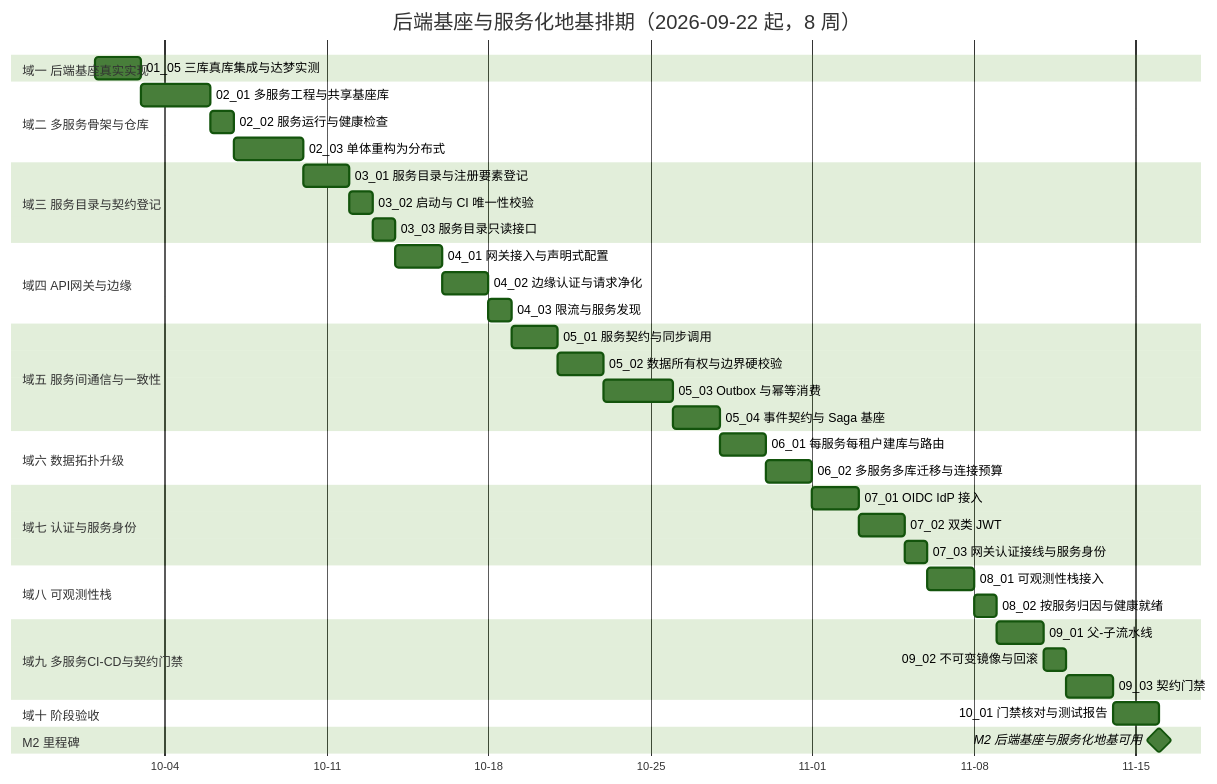
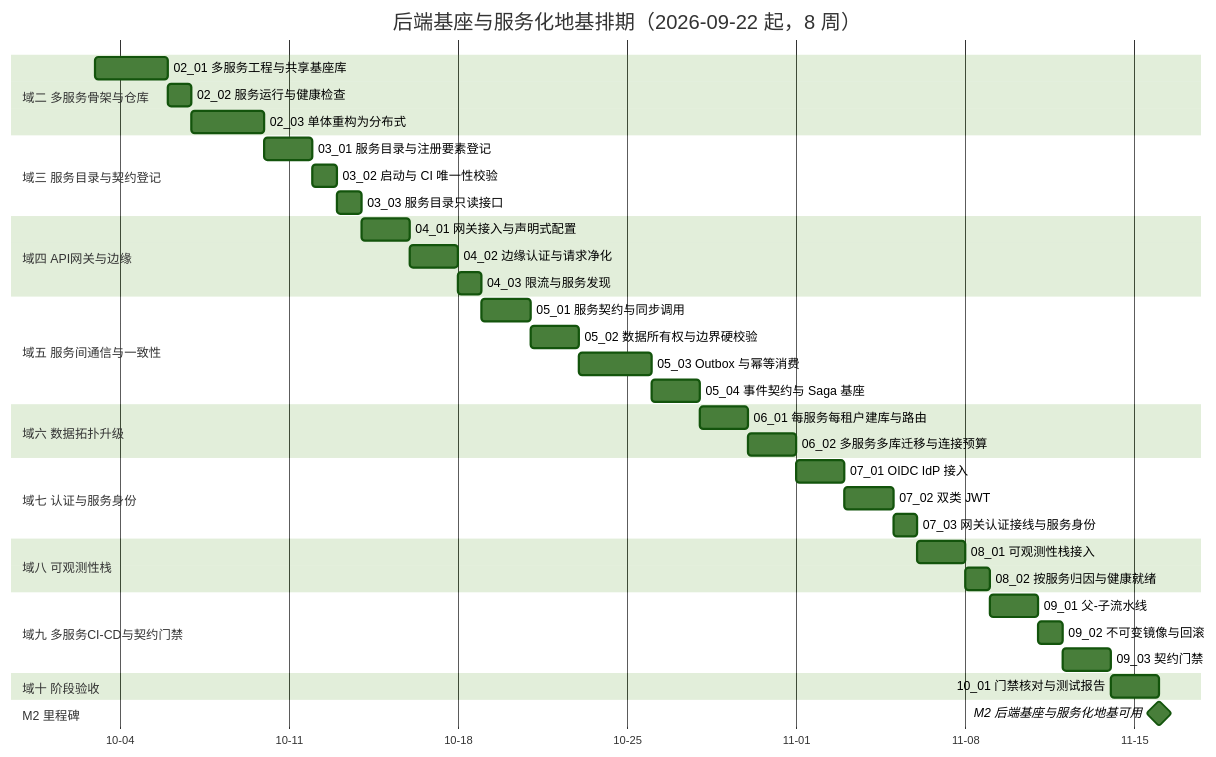
Before and after one commit to minjian123/basic-management-system: the diagram in bms文档/项目/02_后端基座与服务化地基/计划/01_计划_后端基座与服务化地基.md, drawn with Mermaid (forest theme). The commit also changed other lines of this file and 13 other files, not shown here.

````diff
--- a/bms文档/项目/02_后端基座与服务化地基/计划/01_计划_后端基座与服务化地基.md
+++ b/bms文档/项目/02_后端基座与服务化地基/计划/01_计划_后端基座与服务化地基.md
@@ -57,43 +57,41 @@
 ```mermaid
 gantt
     title 后端基座与服务化地基排期（2026-09-22 起，8 周）
     dateFormat  YYYY-MM-DD
     axisFormat %m-%d
-    section 域一 后端基座真实实现
-    01_05 三库真库集成与达梦实测 :a0105, 2026-10-01, 2d
     section 域二 多服务骨架与仓库
-    02_01 多服务工程与共享基座库 :a0201, after a0105, 3d
+    02_01 多服务工程与共享基座库 :a0201, 2026-10-03, 3d
     02_02 服务运行与健康检查 :a0202, after a0201, 1d
     02_03 单体重构为分布式 :a0203, after a0202, 3d
     section 域三 服务目录与契约登记
     03_01 服务目录与注册要素登记 :a0301, after a0203, 2d
     03_02 启动与 CI 唯一性校验 :a0302, after a0301, 1d
     03_03 服务目录只读接口 :a0303, after a0302, 1d
     section 域四 API网关与边缘
     04_01 网关接入与声明式配置 :a0401, after a0303, 2d
     04_02 边缘认证与请求净化 :a0402, after a0401, 2d
     04_03 限流与服务发现 :a0403, after a0402, 1d
     section 域五 服务间通信与一致性
     05_01 服务契约与同步调用 :a0501, after a0403, 2d
     05_02 数据所有权与边界硬校验 :a0502, after a0501, 2d
     05_03 Outbox 与幂等消费 :a0503, after a0502, 3d
     05_04 事件契约与 Saga 基座 :a0504, after a0503, 2d
     section 域六 数据拓扑升级
     06_01 每服务每租户建库与路由 :a0601, after a0504, 2d
     06_02 多服务多库迁移与连接预算 :a0602, after a0601, 2d
     section 域七 认证与服务身份
     07_01 OIDC IdP 接入 :a0701, after a0602, 2d
     07_02 双类 JWT :a0702, after a0701, 2d
     07_03 网关认证接线与服务身份 :a0703, after a0702, 1d
     section 域八 可观测性栈
     08_01 可观测性栈接入 :a0801, after a0703, 2d
     08_02 按服务归因与健康就绪 :a0802, after a0801, 1d
     section 域九 多服务CI-CD与契约门禁
     09_01 父-子流水线 :a0901, after a0802, 2d
     09_02 不可变镜像与回滚 :a0902, after a0901, 1d
     09_03 契约门禁 :a0903, after a0902, 2d
     section 域十 阶段验收
     10_01 门禁核对与测试报告 :a1001, after a0903, 2d
     section M2 里程碑
     M2 后端基座与服务化地基可用 :milestone, mm2, after a1001, 0d
 ```
````
